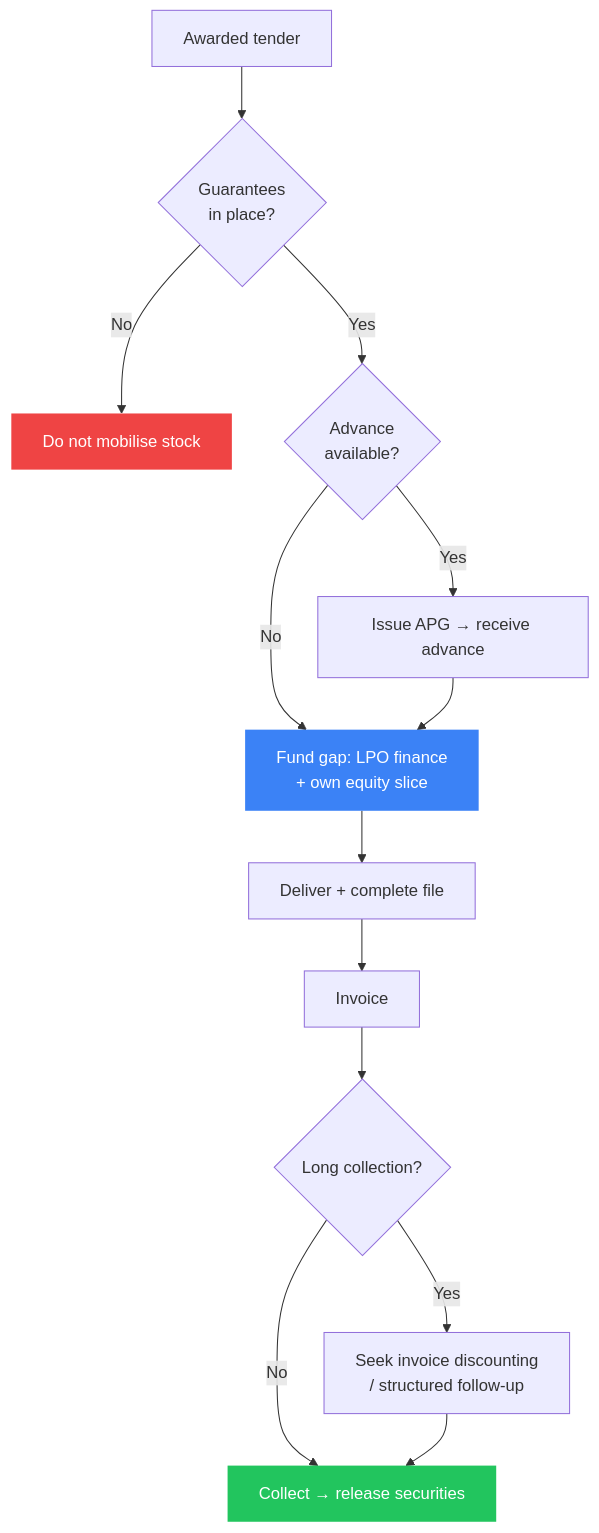
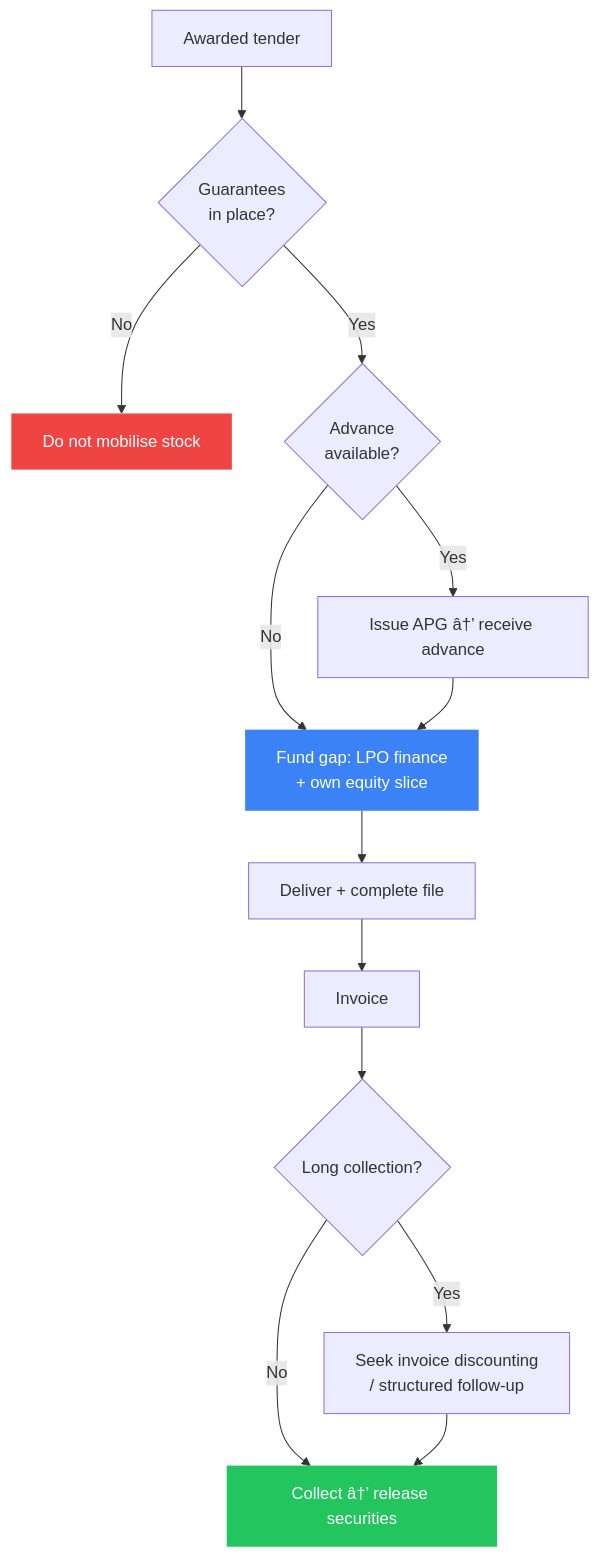
The second of 2 diagrams in Bengula-Jacob/content/business-trade/agpo-tender-cash-flow-kenya.md (bengula/BengulaLive), drawn with Mermaid before and after one commit. The commit also changed other lines of this file and 73 other files, not shown here.

````diff
--- a/Bengula-Jacob/content/business-trade/agpo-tender-cash-flow-kenya.md
+++ b/Bengula-Jacob/content/business-trade/agpo-tender-cash-flow-kenya.md
@@ -218,19 +218,19 @@
 ```mermaid
 flowchart TD
   Win["Awarded tender"] --> G{"Guarantees<br/>in place?"}
   G -->|No| Stop["Do not mobilise stock"]
   G -->|Yes| Adv{"Advance<br/>available?"}
-  Adv -->|Yes| APG["Issue APG → receive advance"]
+  Adv -->|Yes| APG["Issue APG â†’ receive advance"]
   Adv -->|No| Fund["Fund gap: LPO finance<br/>+ own equity slice"]
   APG --> Fund
   Fund --> Del["Deliver + complete file"]
   Del --> Inv["Invoice"]
   Inv --> Hand{"Long collection?"}
   Hand -->|Yes| Disc["Seek invoice discounting<br/>/ structured follow-up"]
-  Hand -->|No| Cash["Collect → release securities"]
+  Hand -->|No| Cash["Collect â†’ release securities"]
   Disc --> Cash
 
   style Stop fill:#ef4444,color:#fff,stroke:none
   style Cash fill:#22c55e,color:#fff,stroke:none
   style Fund fill:#3b82f6,color:#fff,stroke:none
 ```
````
